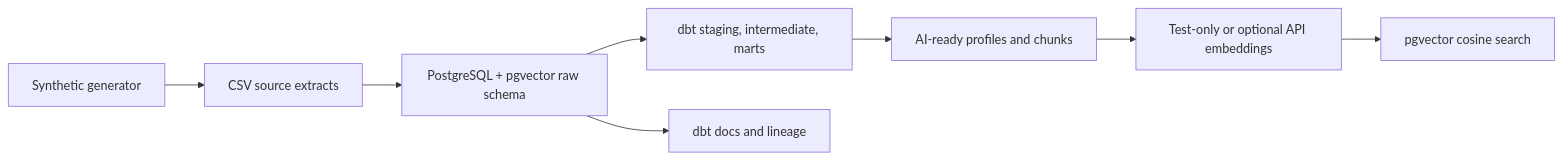
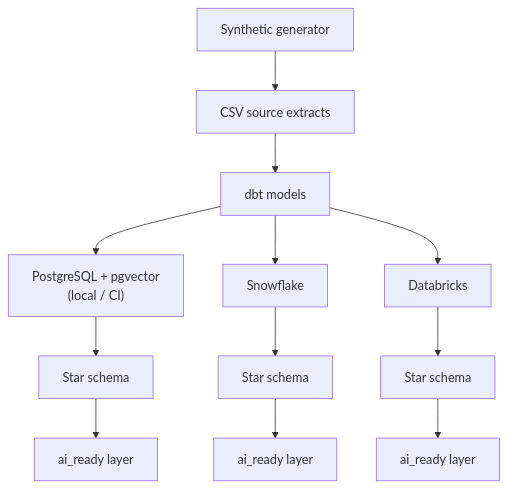
Before and after one commit to kakali-bandyopadhyay/ai-ready-data-warehouse: the diagram in docs/diagrams/end_to_end.mmd, drawn with Mermaid. The commit also changed 2 other files, not shown here.

Commit message:
Architecture diagram shows three dbt targets

```diff
--- a/docs/diagrams/end_to_end.mmd
+++ b/docs/diagrams/end_to_end.mmd
@@ -1,8 +1,12 @@
-flowchart LR
+flowchart TB
   G["Synthetic generator"] --> CSV["CSV source extracts"]
-  CSV --> PG["PostgreSQL + pgvector raw schema"]
-  PG --> DBT["dbt staging, intermediate, marts"]
-  DBT --> AI["AI-ready profiles and chunks"]
-  AI --> EMB["Test-only or optional API embeddings"]
-  EMB --> VS["pgvector cosine search"]
-  PG --> DOCS["dbt docs and lineage"]
+  CSV --> DBT["dbt models"]
+  DBT --> PG["PostgreSQL + pgvector<br/>(local / CI)"]
+  DBT --> SF["Snowflake"]
+  DBT --> DBX["Databricks"]
+  PG --> PG_STAR["Star schema"]
+  PG_STAR --> PG_AI["ai_ready layer"]
+  SF --> SF_STAR["Star schema"]
+  SF_STAR --> SF_AI["ai_ready layer"]
+  DBX --> DBX_STAR["Star schema"]
+  DBX_STAR --> DBX_AI["ai_ready layer"]
```
